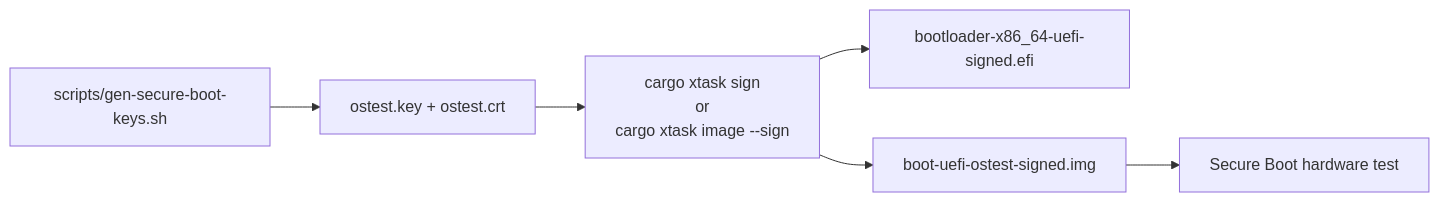
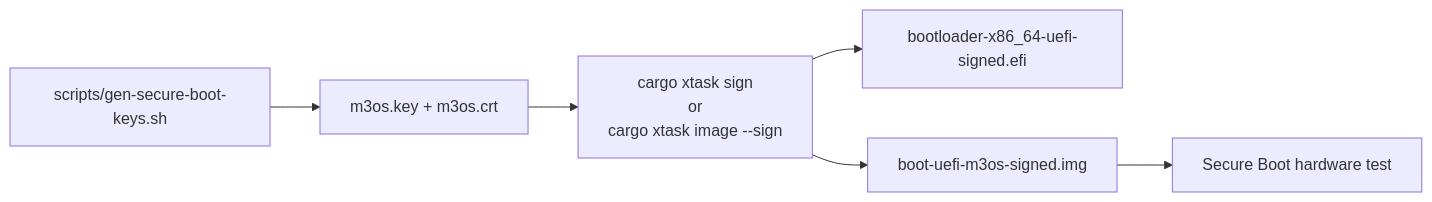
Before and after one commit to mikecubed/m3OS: the diagram in docs/10-secure-boot.md, drawn with Mermaid. The commit also changed other lines of this file and 24 other files, not shown here.

````diff
--- a/docs/10-secure-boot.md
+++ b/docs/10-secure-boot.md
@@ -15,8 +15,8 @@
 ```mermaid
 flowchart LR
-    Keys["scripts/gen-secure-boot-keys.sh"] --> Cert["ostest.key + ostest.crt"]
+    Keys["scripts/gen-secure-boot-keys.sh"] --> Cert["m3os.key + m3os.crt"]
     Cert --> Sign["cargo xtask sign<br/>or<br/>cargo xtask image --sign"]
     Sign --> EFI["bootloader-x86_64-uefi-signed.efi"]
-    Sign --> IMG["boot-uefi-ostest-signed.img"]
+    Sign --> IMG["boot-uefi-m3os-signed.img"]
     IMG --> HW["Secure Boot hardware test"]
 ```
````
